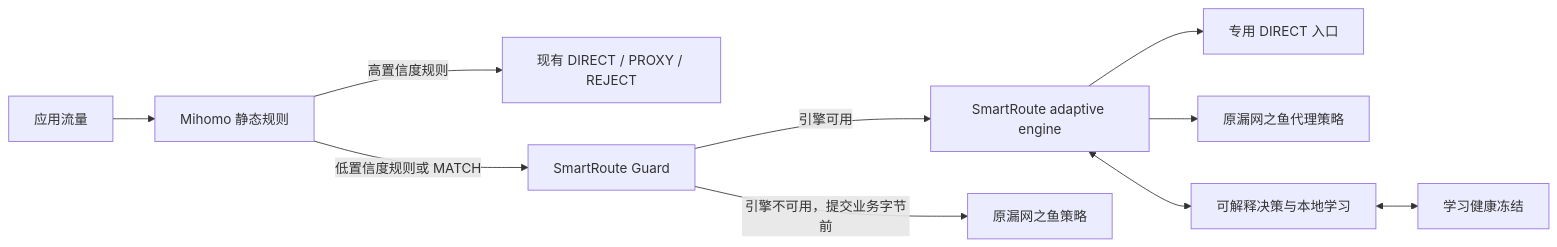
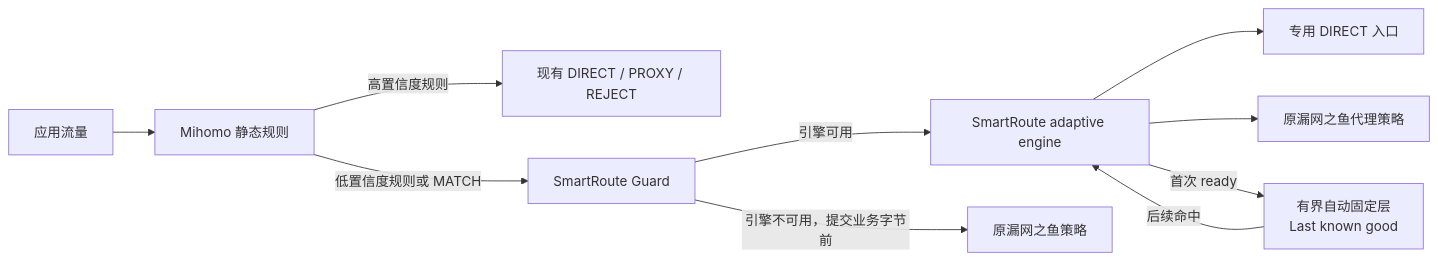
The diagram in README.md (firfisa/smartroute), drawn with Mermaid before and after one commit. The commit also changed other lines of this file and 118 other files, not shown here.

````diff
--- a/README.md
+++ b/README.md
@@ -26,12 +26,12 @@
 ```mermaid
 flowchart LR
     App["应用流量"] --> M["Mihomo 静态规则"]
     M -->|"高置信度规则"| Existing["现有 DIRECT / PROXY / REJECT"]
     M -->|"低置信度规则或 MATCH"| G["SmartRoute Guard"]
     G -->|"引擎可用"| S["SmartRoute adaptive engine"]
     G -->|"引擎不可用，提交业务字节前"| O["原漏网之鱼策略"]
     S --> D["专用 DIRECT 入口"]
     S --> P["原漏网之鱼代理策略"]
-    S <--> E["可解释决策与本地学习"]
-    E <--> H["学习健康冻结"]
+    S -->|"首次 ready"| A["有界自动固定层<br/>Last known good"]
+    A -->|"后续命中"| S
 ```
````
